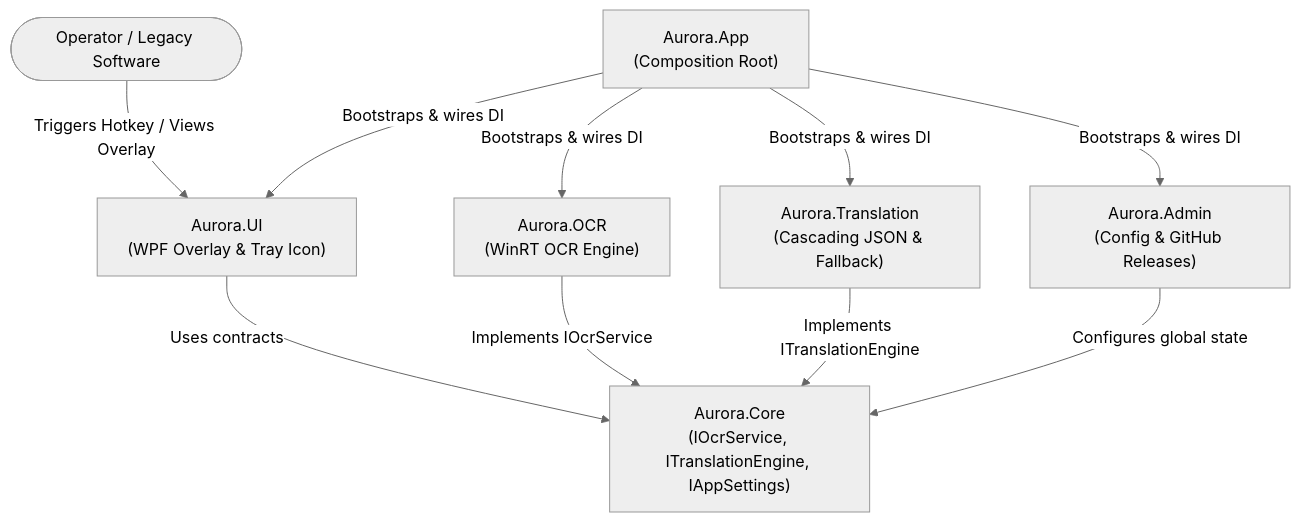
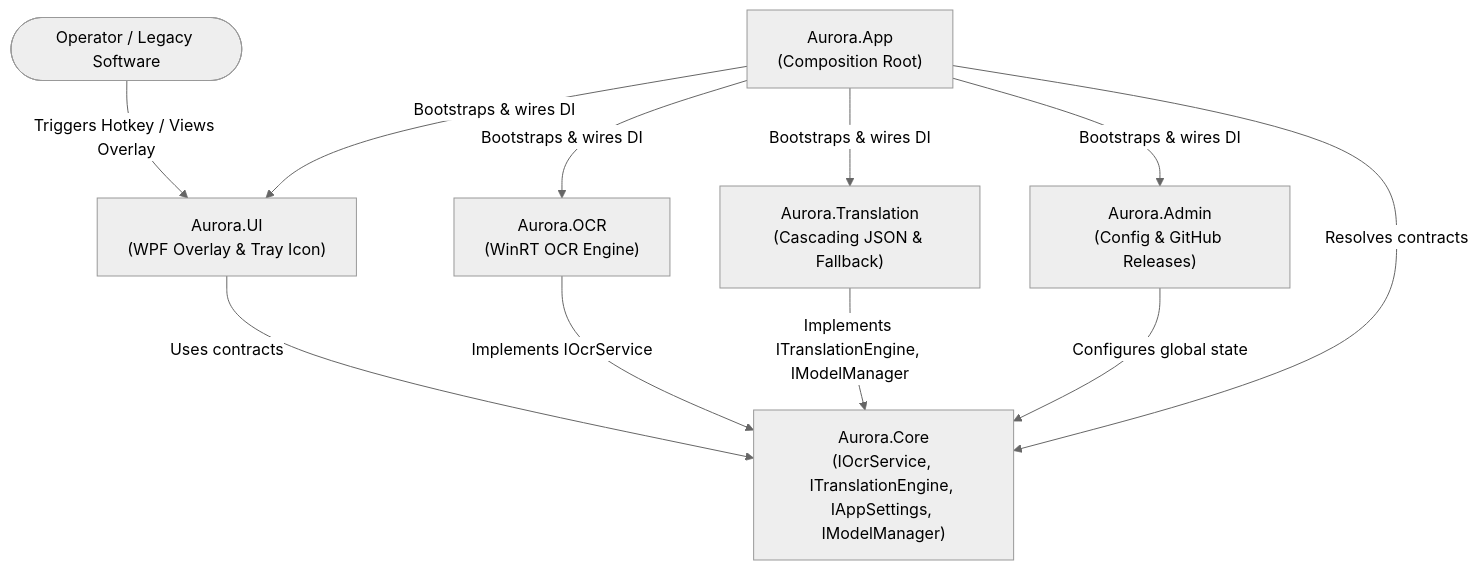
The first of 2 diagrams in specs/archi.md (varro986/codename-aurora), drawn with Mermaid (neutral theme) before and after one commit. The commit also changed 24 other files, not shown here.

First line of the commit message:
feat: governance layer, architecture contracts, workflow automation

````diff
--- a/specs/archi.md
+++ b/specs/archi.md
@@ -18,20 +18,21 @@
 ```mermaid
 graph TD
     User(["Operator / Legacy Software"])
     AppEntry["Aurora.App\n(Composition Root)"]
-    Core["Aurora.Core\n(IOcrService, ITranslationEngine, IAppSettings)"]
+    Core["Aurora.Core\n(IOcrService, ITranslationEngine, IAppSettings, IModelManager)"]
     OCR["Aurora.OCR\n(WinRT OCR Engine)"]
     Translation["Aurora.Translation\n(Cascading JSON & Fallback)"]
     UI["Aurora.UI\n(WPF Overlay & Tray Icon)"]
     Admin["Aurora.Admin\n(Config & GitHub Releases)"]
 
     User -->|"Triggers Hotkey / Views Overlay"| UI
     AppEntry -->|"Bootstraps & wires DI"| UI
     AppEntry -->|"Bootstraps & wires DI"| OCR
     AppEntry -->|"Bootstraps & wires DI"| Translation
     AppEntry -->|"Bootstraps & wires DI"| Admin
+    AppEntry -->|"Resolves contracts"| Core
     UI -->|"Uses contracts"| Core
     OCR -->|"Implements IOcrService"| Core
-    Translation -->|"Implements ITranslationEngine"| Core
+    Translation -->|"Implements ITranslationEngine, IModelManager"| Core
     Admin -->|"Configures global state"| Core
 ```
````
